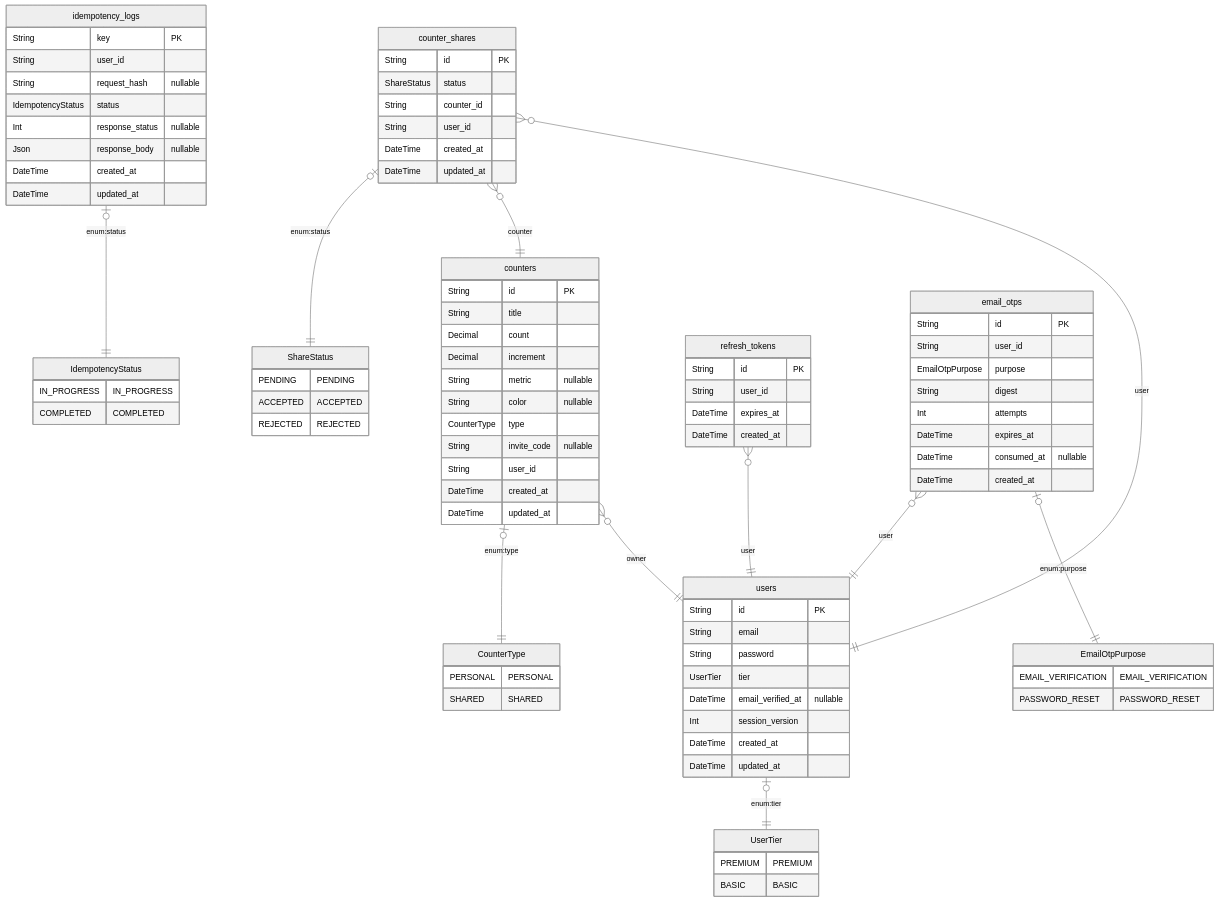
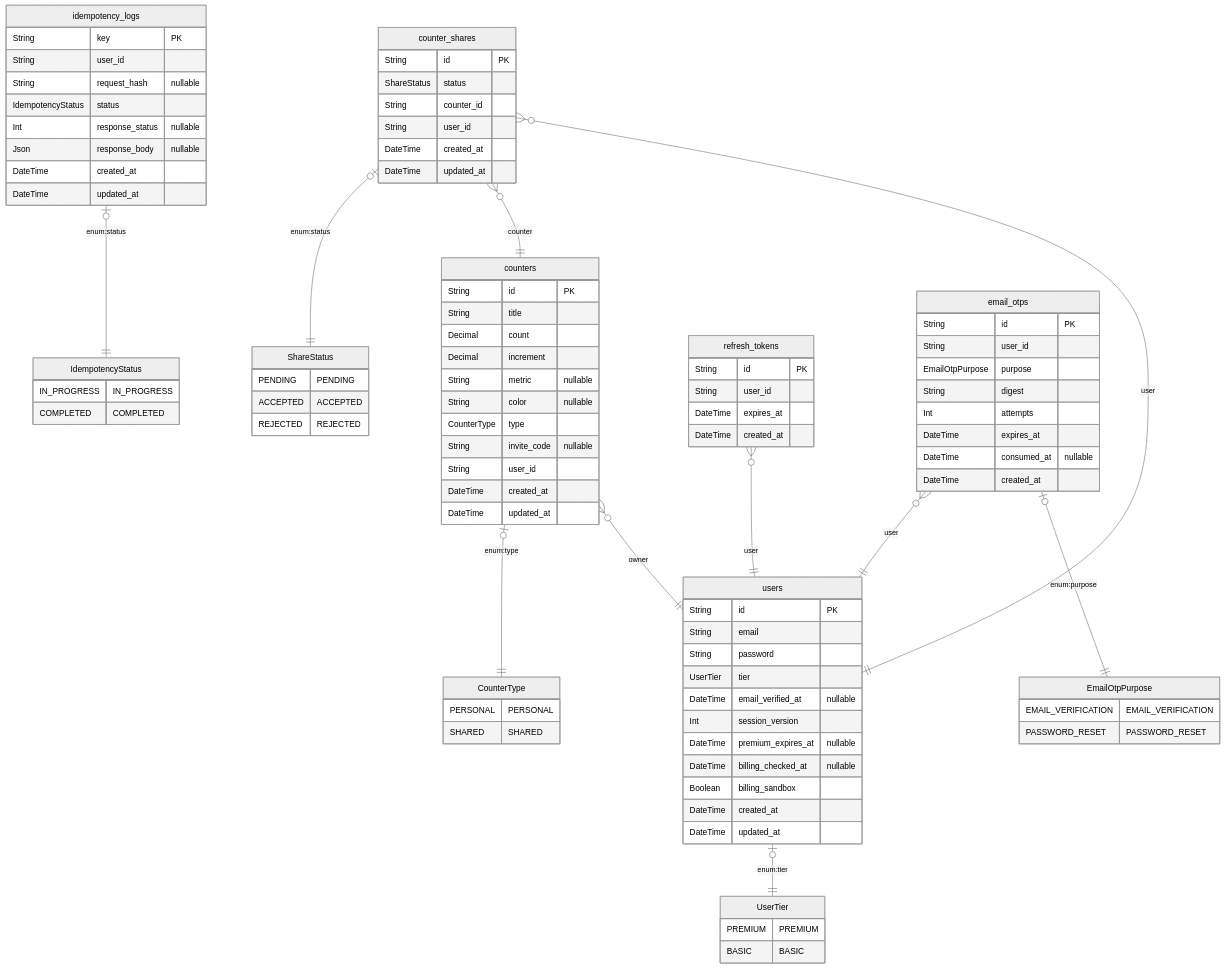
One commit to michaelgreenl/tally-tracker changed the diagram in docs/diagrams/architecture/ERD.md. Above: the diagram before and after it, drawn with Mermaid (neutral theme). The commit also changed 16 other files, not shown here.

Commit message:
feat(billing): verify RevenueCat premium entitlements

```diff
--- a/docs/diagrams/architecture/ERD.md
+++ b/docs/diagrams/architecture/ERD.md
@@ -97,6 +97,9 @@
     UserTier tier 
     DateTime email_verified_at "nullable"
     Int session_version
+    DateTime premium_expires_at "nullable"
+    DateTime billing_checked_at "nullable"
+    Boolean billing_sandbox
     DateTime created_at 
     DateTime updated_at 
     }
```
